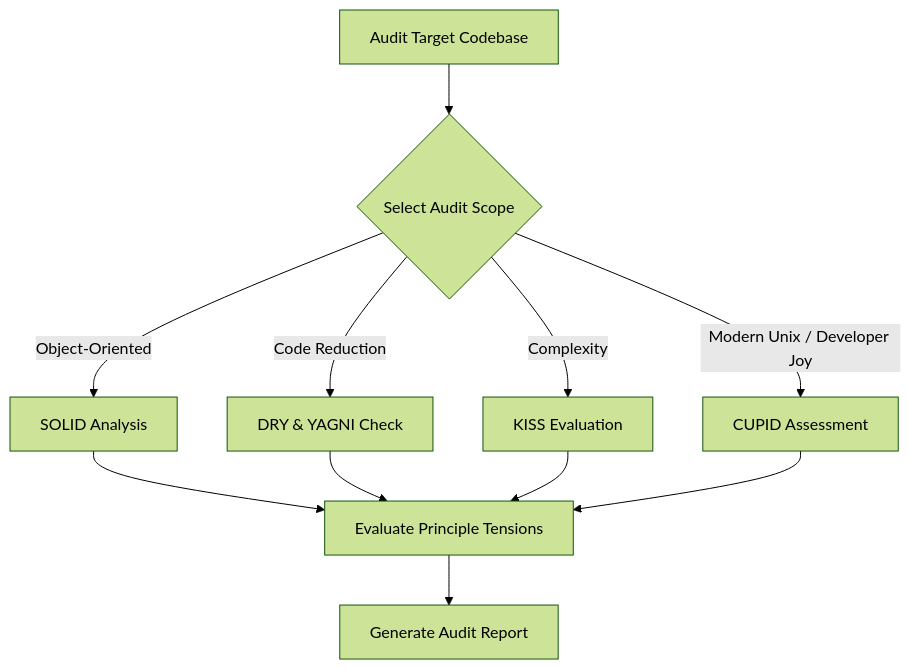
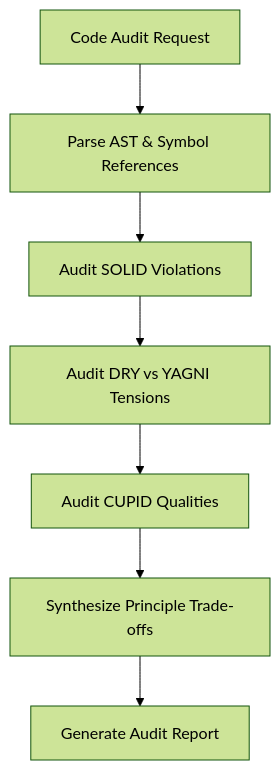
Before and after one commit to louis-pvs/agent-skills: the diagram in skills/architecture-auditor/references/overview.md, drawn with Mermaid (forest theme). The commit also changed other lines of this file and 11 other files, not shown here.

Commit message:
refactor: update architecture documentation and standardize Python scripting practices across all agent skills.

````diff
--- a/skills/architecture-auditor/references/overview.md
+++ b/skills/architecture-auditor/references/overview.md
@@ -17,15 +9,9 @@
 ```mermaid
 flowchart TD
-    Request[Audit Target Codebase] --> SelectPrinciples{Select Audit Scope}
-    SelectPrinciples -- Object-Oriented --> SOLID[SOLID Analysis]
-    SelectPrinciples -- Code Reduction --> DRY_YAGNI[DRY & YAGNI Check]
-    SelectPrinciples -- Complexity --> KISS[KISS Evaluation]
-    SelectPrinciples -- Modern Unix / Developer Joy --> CUPID[CUPID Assessment]
-
-    SOLID --> EvaluateTensions[Evaluate Principle Tensions]
-    DRY_YAGNI --> EvaluateTensions
-    KISS --> EvaluateTensions
-    CUPID --> EvaluateTensions
-
+    Start[Code Audit Request] --> ParseAST[Parse AST & Symbol References]
+    ParseAST --> EvaluateSOLID[Audit SOLID Violations]
+    EvaluateSOLID --> EvaluateDRY[Audit DRY vs YAGNI Tensions]
+    EvaluateDRY --> EvaluateCUPID[Audit CUPID Qualities]
+    EvaluateCUPID --> EvaluateTensions[Synthesize Principle Trade-offs]
     EvaluateTensions --> Report[Generate Audit Report]
 ```
````
